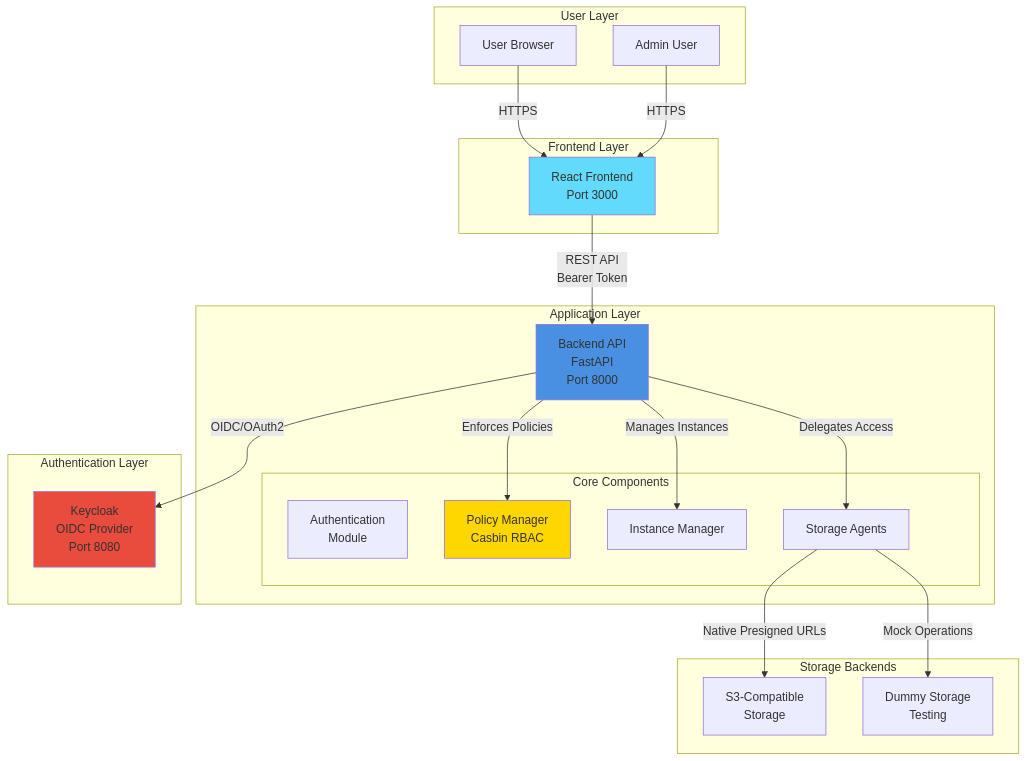
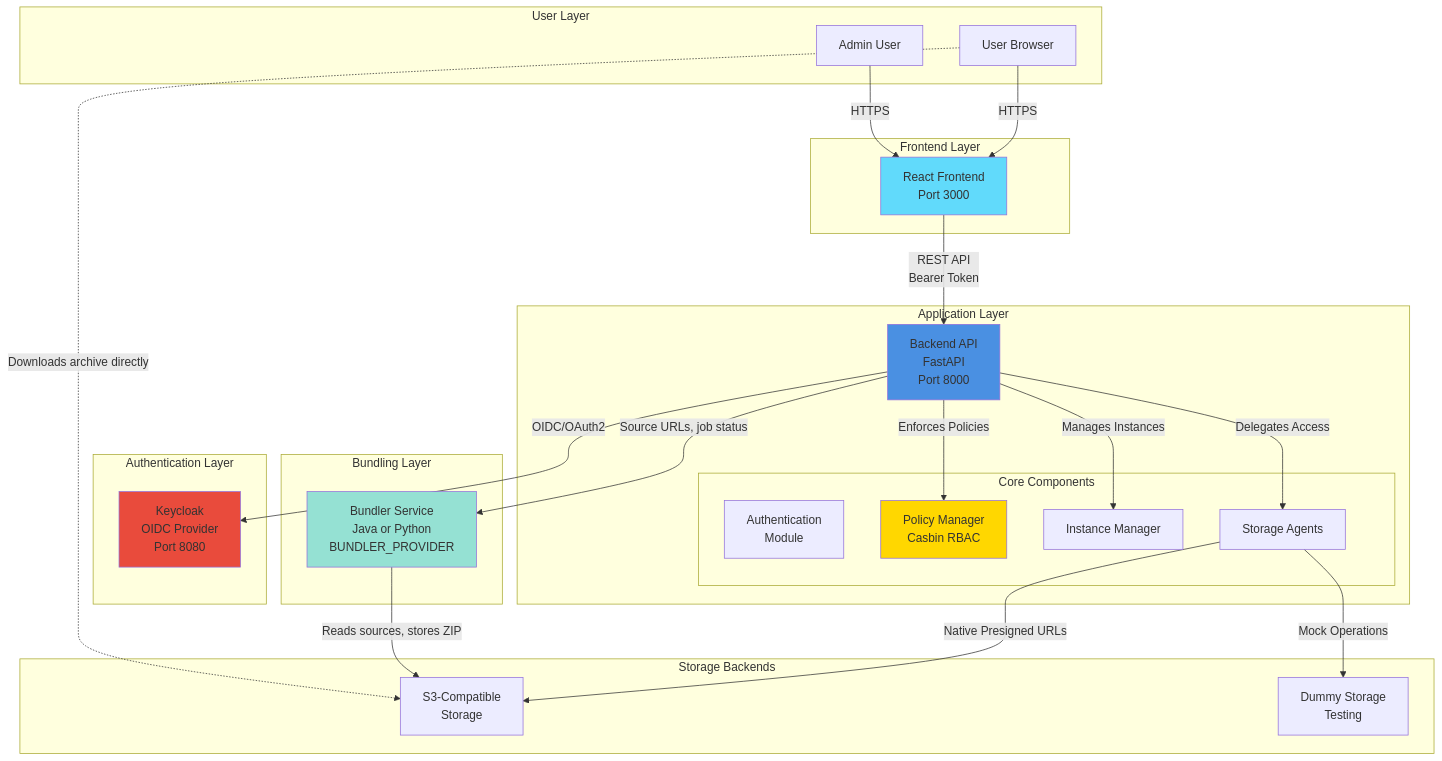
Before and after one commit to pmahon3/Data-Portal: the first of 4 diagrams in docs/diagrams/component-architecture.md, drawn with Mermaid. The commit also changed other lines of this file, not shown here.

````diff
--- a/docs/diagrams/component-architecture.md
+++ b/docs/diagrams/component-architecture.md
@@ -12,46 +12,54 @@
 ```mermaid
 graph TB
     subgraph "User Layer"
         User[User Browser]
         Admin[Admin User]
     end
 
     subgraph "Frontend Layer"
         ReactUI[React Frontend<br/>Port 3000]
     end
 
     subgraph "Application Layer"
         Backend[Backend API<br/>FastAPI<br/>Port 8000]
 
         subgraph "Core Components"
             Auth[Authentication<br/>Module]
             Policy[Policy Manager<br/>Casbin RBAC]
             Instance[Instance Manager]
             Storage[Storage Agents]
         end
     end
 
     subgraph "Authentication Layer"
         Keycloak[Keycloak<br/>OIDC Provider<br/>Port 8080]
     end
 
+    subgraph "Bundling Layer"
+        Bundler[Bundler Service<br/>Java or Python<br/>BUNDLER_PROVIDER]
+    end
+
     subgraph "Storage Backends"
         S3[S3-Compatible<br/>Storage]
         Dummy[Dummy Storage<br/>Testing]
     end
 
     User -->|HTTPS| ReactUI
     Admin -->|HTTPS| ReactUI
     ReactUI -->|REST API<br/>Bearer Token| Backend
     Backend -->|OIDC/OAuth2| Keycloak
     Backend -->|Enforces Policies| Policy
     Backend -->|Manages Instances| Instance
     Backend -->|Delegates Access| Storage
     Storage -->|Native Presigned URLs| S3
     Storage -->|Mock Operations| Dummy
+    Backend -->|Source URLs, job status| Bundler
+    Bundler -->|Reads sources, stores ZIP| S3
+    User -.->|Downloads archive directly| S3
 
     style Backend fill:#4A90E2
     style Keycloak fill:#E94B3C
     style ReactUI fill:#61DAFB
     style Policy fill:#FFD700
+    style Bundler fill:#95E1D3
 ```
````
